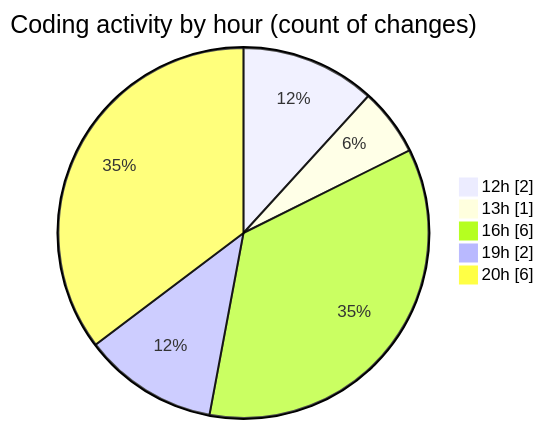
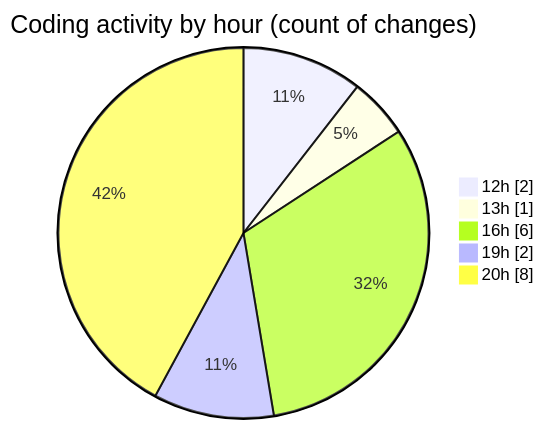
The second of 2 diagrams in 2025-08-03/macrowhisper/README.md (EIIisD/code-tracking), drawn with Mermaid before and after one commit. The commit also changed other lines of this file and 1 other file, not shown here.

````diff
--- a/2025-08-03/macrowhisper/README.md
+++ b/2025-08-03/macrowhisper/README.md
@@ -31,9 +32,9 @@
 ```mermaid
 pie showData
 title Coding activity by hour (count of changes)
 "12h" : 2
 "13h" : 1
 "16h" : 6
 "19h" : 2
-"20h" : 6
+"20h" : 8
 ```
````
